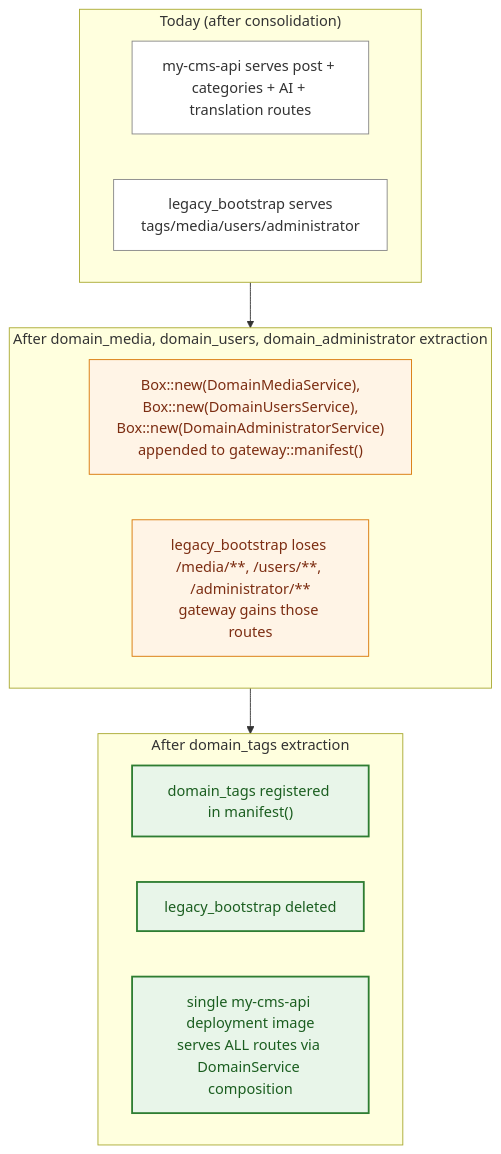
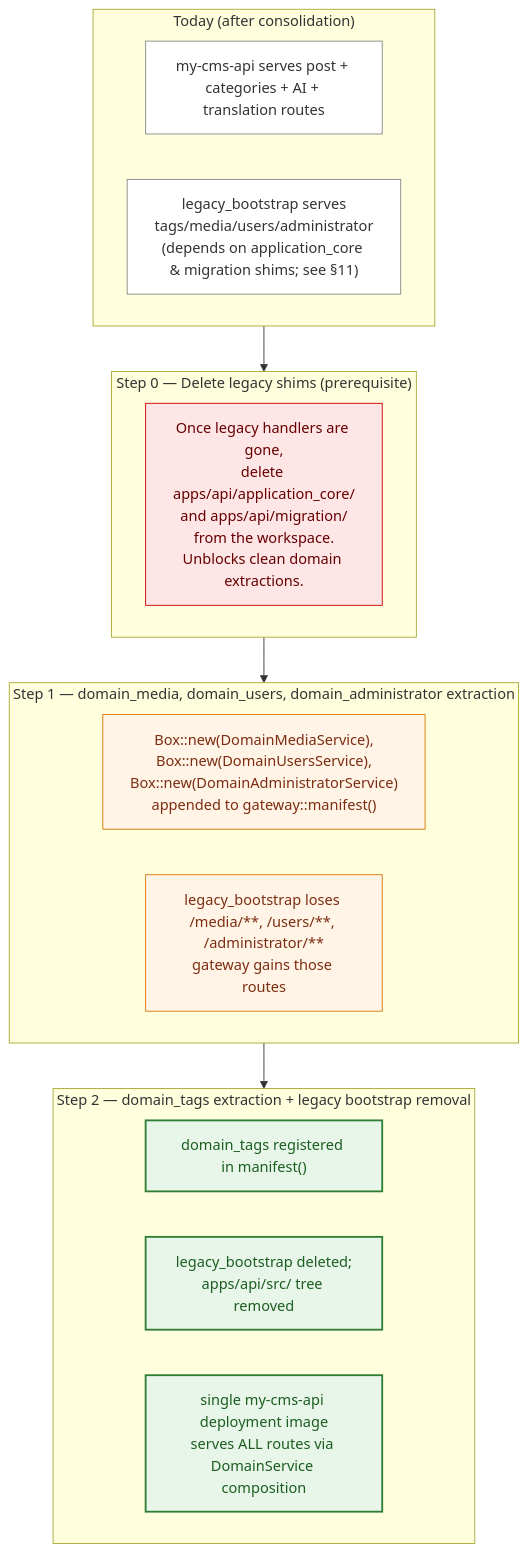
Before and after one commit to doitsu2014/my-cms: the tenth of 10 diagrams in docs/api-architecture.md, drawn with Mermaid. The commit also changed other lines of this file and 27 other files, not shown here.

First line of the commit message:
feat(posts): merge GraphQL into posts domain

````diff
--- a/docs/api-architecture.md
+++ b/docs/api-architecture.md
@@ -480,28 +516,34 @@
 ```mermaid
 graph TB
     subgraph now["Today (after consolidation)"]
         N1["my-cms-api serves post + categories + AI + translation routes"]
-        N2["legacy_bootstrap serves<br/>tags/media/users/administrator"]
+        N2["legacy_bootstrap serves<br/>tags/media/users/administrator<br/>(depends on application_core & migration shims; see §11)"]
     end
 
-    subgraph next["After domain_media, domain_users, domain_administrator extraction"]
+    subgraph step0["Step 0 — Delete legacy shims (prerequisite)"]
+        S0["Once legacy handlers are gone,<br/>delete apps/api/application_core/<br/>and apps/api/migration/<br/>from the workspace.<br/>Unblocks clean domain extractions."]
+    end
+
+    subgraph next["Step 1 — domain_media, domain_users, domain_administrator extraction"]
         X1["Box::new(DomainMediaService),<br/>Box::new(DomainUsersService),<br/>Box::new(DomainAdministratorService)<br/>appended to gateway::manifest()"]
         X2["legacy_bootstrap loses /media/**, /users/**, /administrator/**<br/>gateway gains those routes"]
     end
 
-    subgraph future["After domain_tags extraction"]
+    subgraph future["Step 2 — domain_tags extraction + legacy bootstrap removal"]
         F1["domain_tags registered in manifest()"]
-        F2["legacy_bootstrap deleted"]
+        F2["legacy_bootstrap deleted;<br/>apps/api/src/ tree removed"]
         F3["single my-cms-api deployment image<br/>serves ALL routes via DomainService composition"]
     end
 
-    now --> next --> future
+    now --> step0 --> next --> future
 
     classDef current fill:#fff,stroke:#888,stroke-width:1px
+    classDef prereq fill:#ffe6e6,stroke:#cc0000,stroke-width:1px,color:#660000
     classDef nextStage fill:#fff4e6,stroke:#d97706,stroke-width:1px,color:#7c2d12
     classDef futureStage fill:#e8f5e9,stroke:#2e7d32,stroke-width:2px,color:#1b5e20
 
     class N1,N2 current
+    class S0 prereq
     class X1,X2 nextStage
     class F1,F2,F3 futureStage
 ```
````
